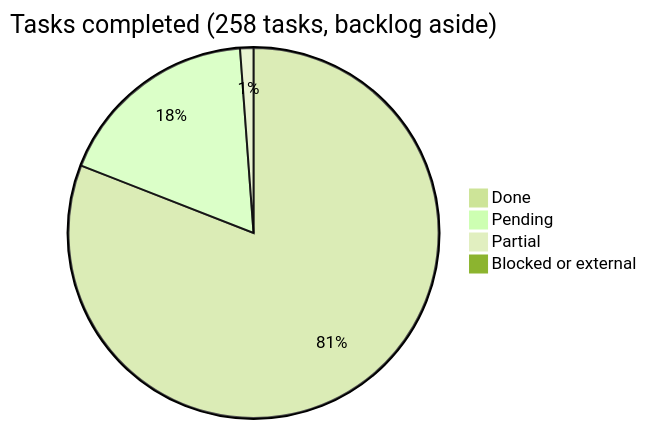
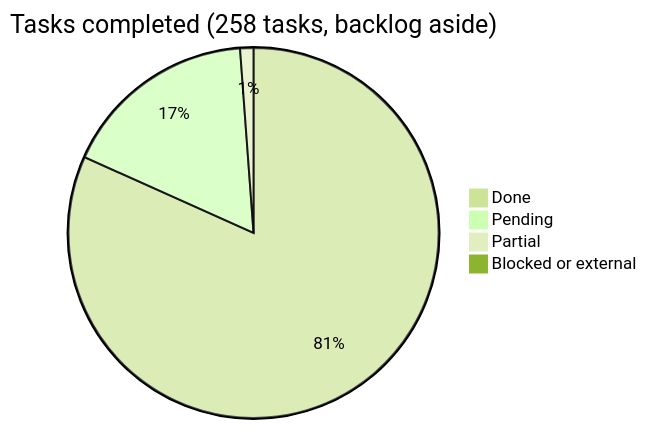
The diagram in docs/roadmap/README.md (araguaney-org/araguaney-app), drawn with Mermaid (forest theme) before and after one commit. The commit also changed other lines of this file and 3 other files, not shown here.

````diff
--- a/docs/roadmap/README.md
+++ b/docs/roadmap/README.md
@@ -43,7 +43,7 @@
 ```mermaid
 pie title Tasks completed (258 tasks, backlog aside)
-    "Done" : 208
-    "Pending" : 46
+    "Done" : 210
+    "Pending" : 44
     "Partial" : 3
     "Blocked or external" : 1
 ```
````
